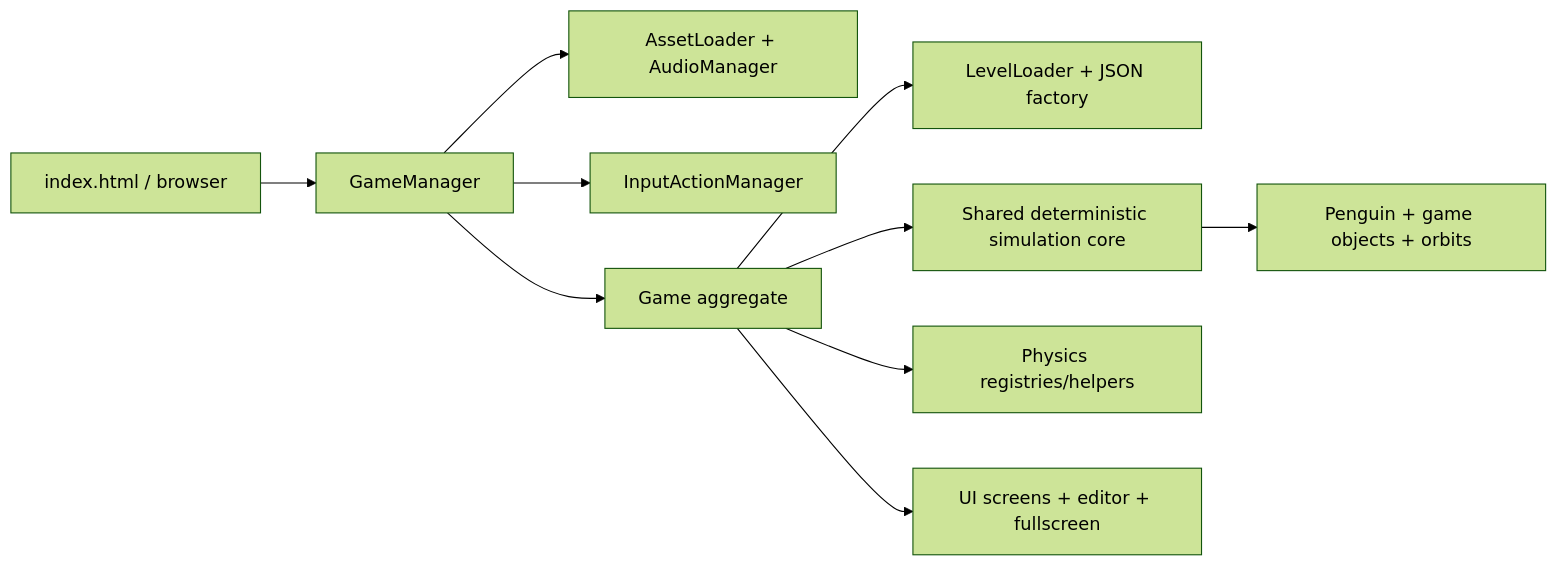
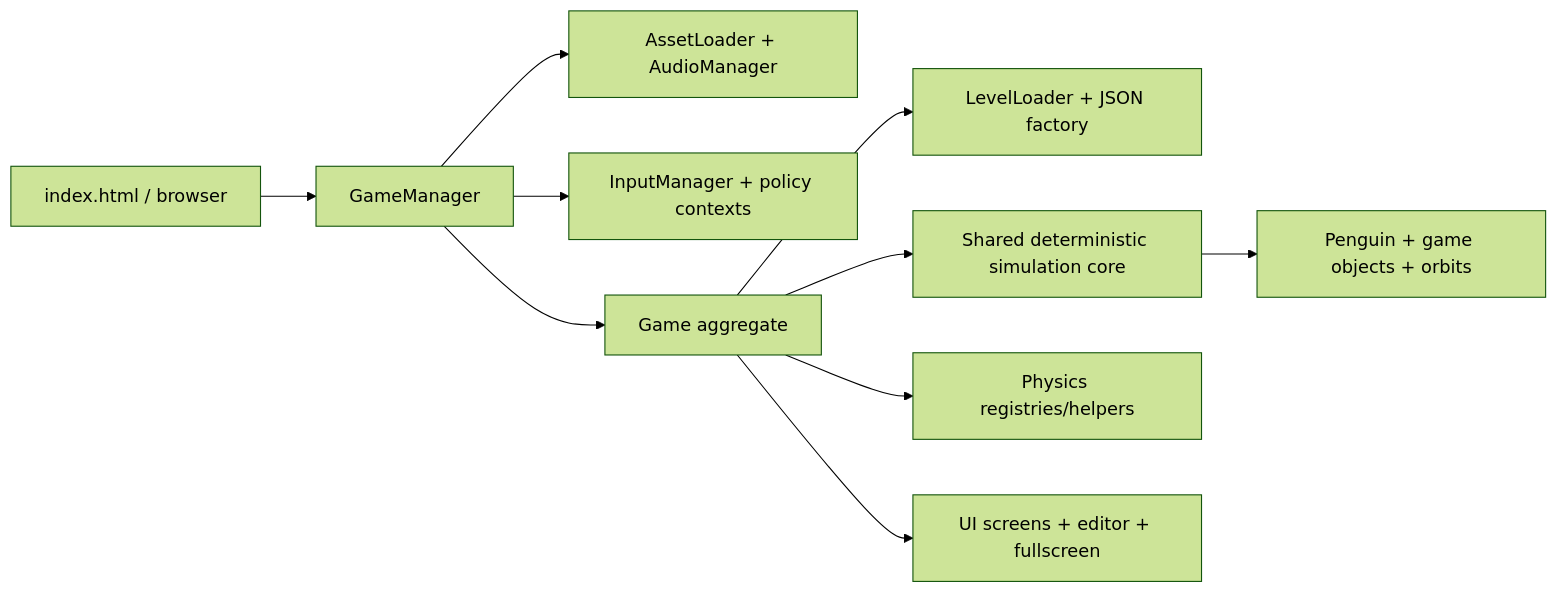
One commit to Newah1/SpacedPenguin changed the diagram in README.md. Above: the diagram before and after it, drawn with Mermaid (forest theme). The commit also changed 27 other files, not shown here.

Commit message:
Added input manager

````diff
--- a/README.md
+++ b/README.md
@@ -68,12 +68,12 @@
 ```mermaid
 flowchart LR
     Browser[index.html / browser] --> Main[GameManager]
     Main --> Assets[AssetLoader + AudioManager]
-    Main --> Input[InputActionManager]
+    Main --> Input[InputManager + policy contexts]
     Main --> Game[Game aggregate]
     Game --> Levels[LevelLoader + JSON factory]
     Game --> Sim[Shared deterministic simulation core]
     Sim --> World[Penguin + game objects + orbits]
     Game --> Physics[Physics registries/helpers]
     Game --> UI[UI screens + editor + fullscreen]
 ```
````
